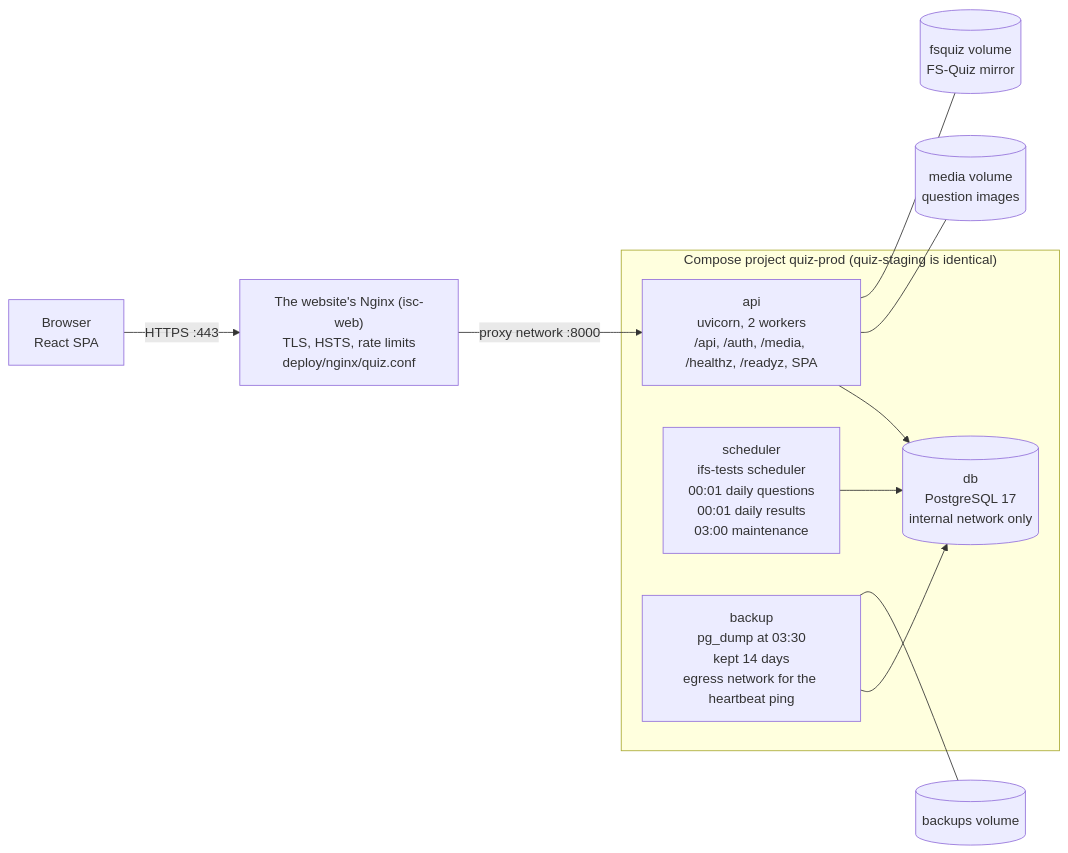
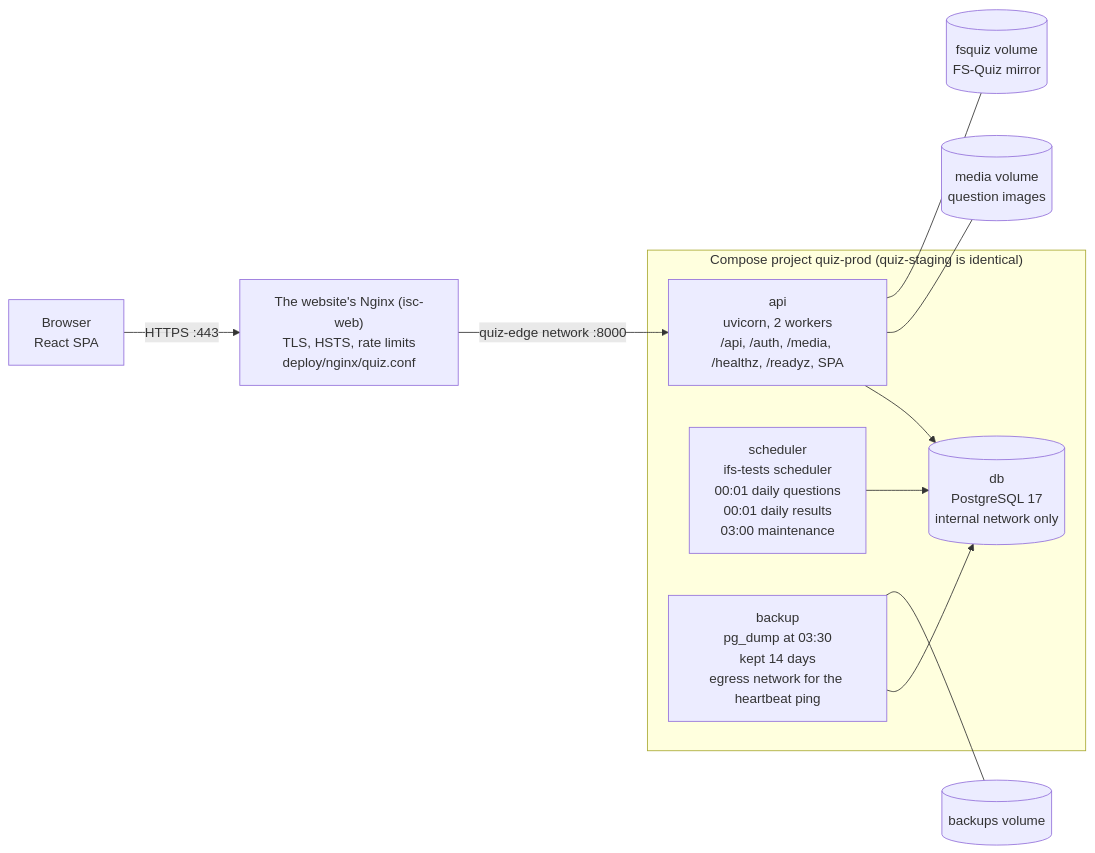
One commit to isc-fs/IFS-Tests changed the first of 4 diagrams in docs/architecture.md. Above: the diagram before and after it, drawn with Mermaid. The commit also changed other lines of this file and 14 other files, not shown here.

First line of the commit message:
Move the quiz apis to their own edge network and trust only its subnet

````diff
--- a/docs/architecture.md
+++ b/docs/architecture.md
@@ -9,17 +9,17 @@
 ```mermaid
 flowchart LR
     B["Browser<br/>React SPA"] -->|"HTTPS :443"| N["The website's Nginx (isc-web)<br/>TLS, HSTS, rate limits<br/>deploy/nginx/quiz.conf"]
-    N -->|"proxy network :8000"| A
+    N -->|"quiz-edge network :8000"| A
     subgraph P["Compose project quiz-prod (quiz-staging is identical)"]
         A["api<br/>uvicorn, 2 workers<br/>/api, /auth, /media, /healthz, /readyz, SPA"]
         S["scheduler<br/>ifs-tests scheduler<br/>00:01 daily questions<br/>00:01 daily results<br/>03:00 maintenance"]
         K["backup<br/>pg_dump at 03:30<br/>kept 14 days<br/>egress network for the heartbeat ping"]
         D[("db<br/>PostgreSQL 17<br/>internal network only")]
         A --> D
         S --> D
         K --> D
     end
     A --- V1[("media volume<br/>question images")]
     A --- V2[("fsquiz volume<br/>FS-Quiz mirror")]
     K --- V3[("backups volume")]
 ```
````
